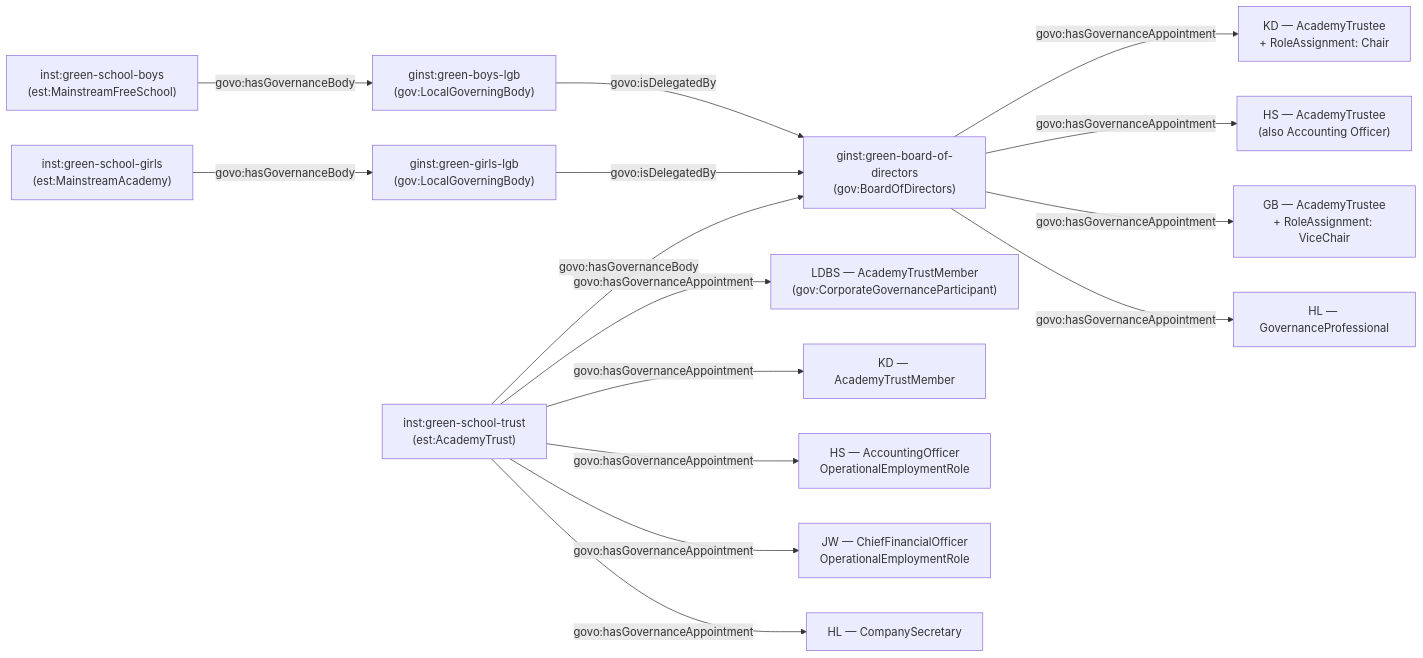
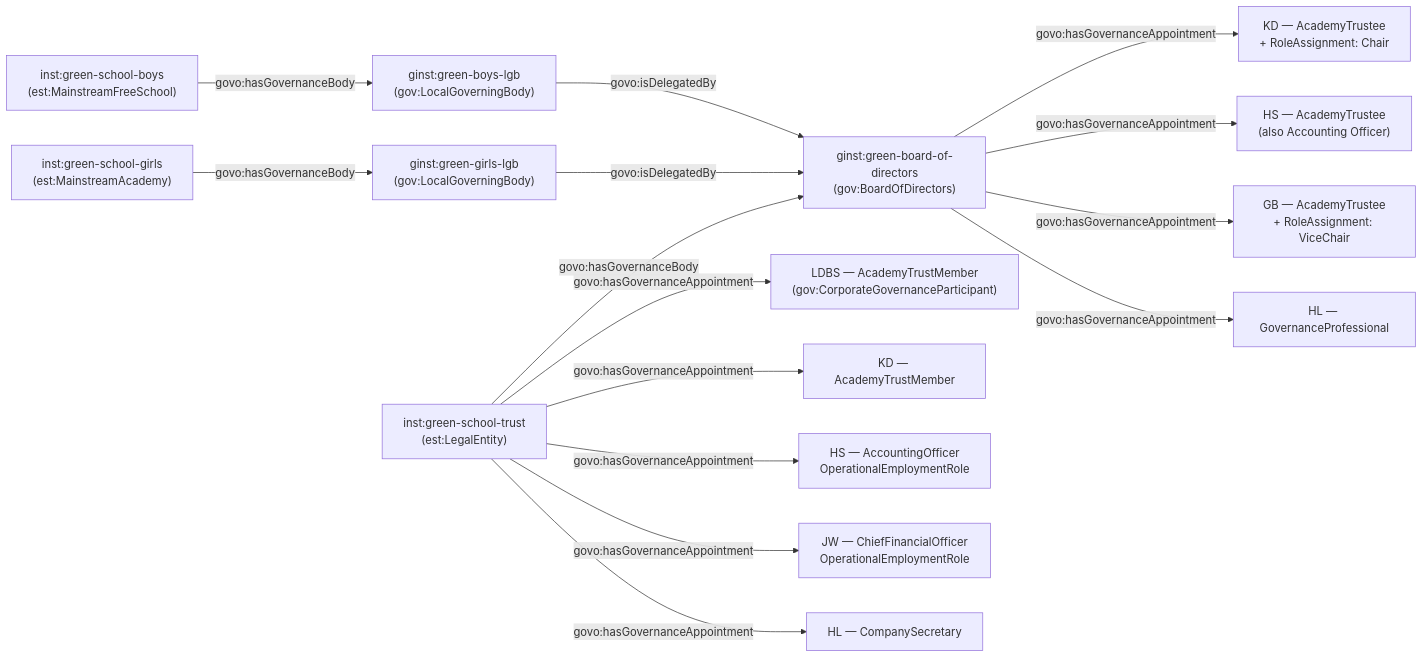
Before and after one commit to DFE-Digital/education-provider-registry-docs: the second of 2 diagrams in docs-site/content/models/governance/worked-examples/green-school-trust/index.md, drawn with Mermaid. The commit also changed other lines of this file and 100 other files, not shown here.

````diff
--- a/docs-site/content/models/governance/worked-examples/green-school-trust/index.md
+++ b/docs-site/content/models/governance/worked-examples/green-school-trust/index.md
@@ -95,27 +95,27 @@
 ```mermaid
 flowchart LR
-    T["inst:green-school-trust<br/>(est:AcademyTrust)"]
+    T["inst:green-school-trust<br/>(est:LegalEntity)"]
     G["inst:green-school-girls<br/>(est:MainstreamAcademy)"]
     B["inst:green-school-boys<br/>(est:MainstreamFreeSchool)"]
     TB["ginst:green-board-of-directors<br/>(gov:BoardOfDirectors)"]
     LGG["ginst:green-girls-lgb<br/>(gov:LocalGoverningBody)"]
     LGB["ginst:green-boys-lgb<br/>(gov:LocalGoverningBody)"]
 
     T -->|govo:hasGovernanceBody| TB
     LGG -->|govo:isDelegatedBy| TB
     LGB -->|govo:isDelegatedBy| TB
     G -->|govo:hasGovernanceBody| LGG
     B -->|govo:hasGovernanceBody| LGB
 
     T -->|govo:hasGovernanceAppointment| M1["LDBS — AcademyTrustMember<br/>(gov:CorporateGovernanceParticipant)"]
     T -->|govo:hasGovernanceAppointment| M2["KD — AcademyTrustMember"]
 
     TB -->|govo:hasGovernanceAppointment| D1["KD — AcademyTrustee<br/>+ RoleAssignment: Chair"]
     TB -->|govo:hasGovernanceAppointment| D2["HS — AcademyTrustee<br/>(also Accounting Officer)"]
     TB -->|govo:hasGovernanceAppointment| D3["GB — AcademyTrustee<br/>+ RoleAssignment: ViceChair"]
 
     T -->|govo:hasGovernanceAppointment| AO["HS — AccountingOfficer<br/>OperationalEmploymentRole"]
     T -->|govo:hasGovernanceAppointment| CFO["JW — ChiefFinancialOfficer<br/>OperationalEmploymentRole"]
     TB -->|govo:hasGovernanceAppointment| GP["HL — GovernanceProfessional"]
     T -->|govo:hasGovernanceAppointment| CS["HL — CompanySecretary"]
 ```
````
